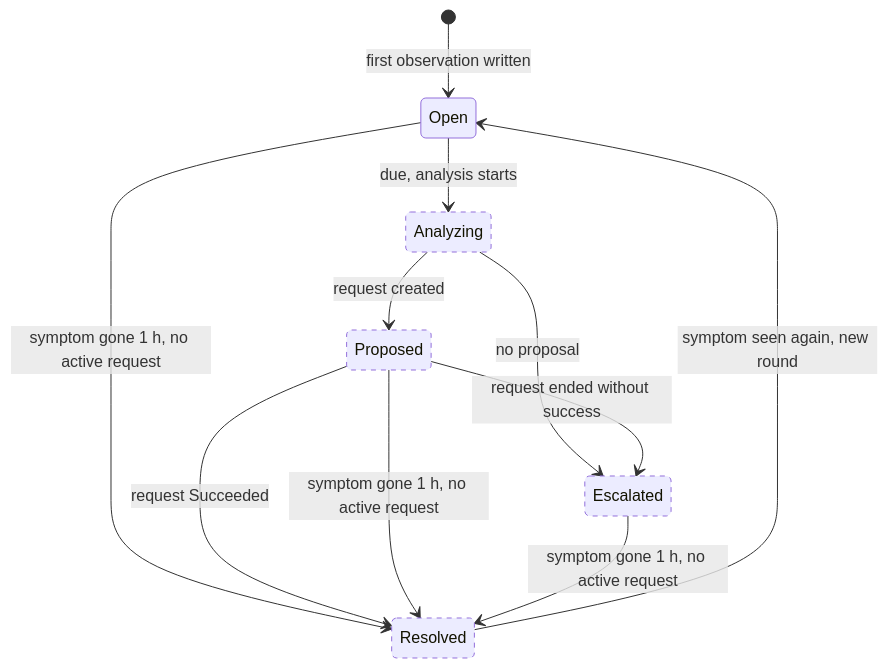
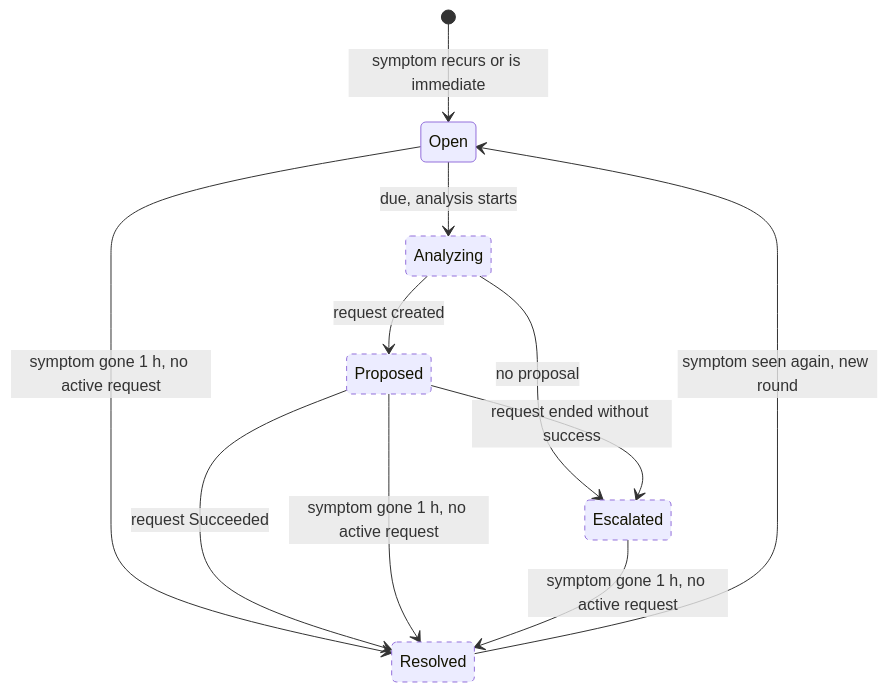
Before and after one commit to pkalin/shadewright: the diagram in docs/design/3-observation-and-deduplication.md, drawn with Mermaid. The commit also changed other lines of this file and 18 other files, not shown here.

First line of the commit message:
feat(analyzer): open Incidents only for symptoms that recur or are immediate (#417)

````diff
--- a/docs/design/3-observation-and-deduplication.md
+++ b/docs/design/3-observation-and-deduplication.md
@@ -307,15 +328,15 @@
 ```mermaid
 stateDiagram-v2
     classDef planned stroke-dasharray: 5 5
-    [*] --> Open: first observation written
+    [*] --> Open: symptom recurs or is immediate
     Open --> Analyzing: due, analysis starts
     Analyzing --> Proposed: request created
     Analyzing --> Escalated: no proposal
     Open --> Resolved: symptom gone 1 h, no active request
     Proposed --> Resolved: request Succeeded
     Proposed --> Escalated: request ended without success
     Proposed --> Resolved: symptom gone 1 h, no active request
     Escalated --> Resolved: symptom gone 1 h, no active request
     Resolved --> Open: symptom seen again, new round
     class Analyzing,Proposed,Escalated,Resolved planned
 ```
````
